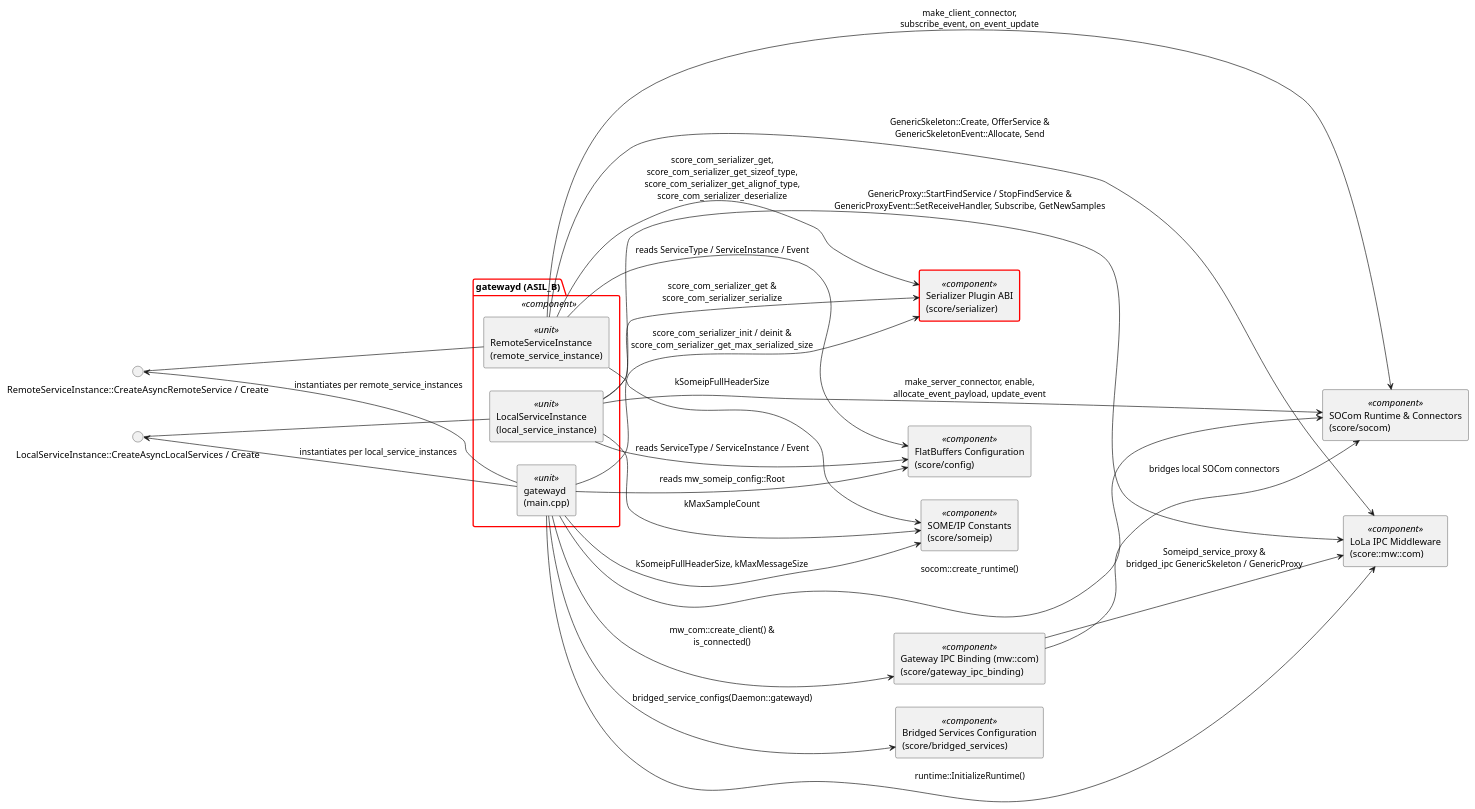
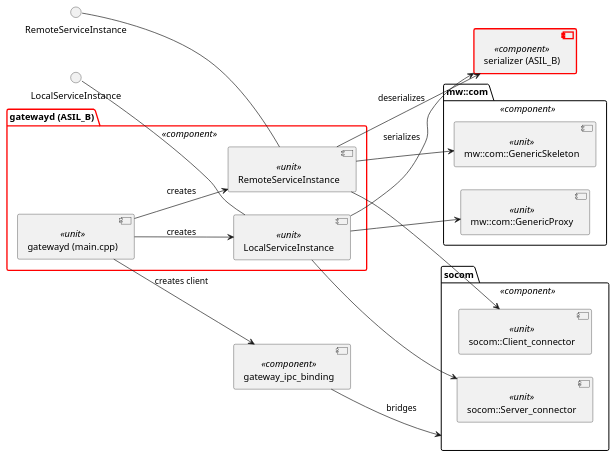
The diagram in score/gatewayd/docs/models/component_diagram_gatewayd.puml (eclipse-score/inc_someip_gateway), drawn with PlantUML before and after one commit. The commit also changed other lines of this file and 10 other files, not shown here.

Commit message:
docs: unify component architecture layout, simplify PlantUML diagrams, and fold architecture components page

```diff
--- a/score/gatewayd/docs/models/component_diagram_gatewayd.puml
+++ b/score/gatewayd/docs/models/component_diagram_gatewayd.puml
@@ -14,51 +13,39 @@
 @startuml component_diagram_gatewayd
 left to right direction
-skinparam componentStyle rectangle
+
+interface "LocalServiceInstance" as i_local_svc
+interface "RemoteServiceInstance" as i_remote_svc
 
 package "gatewayd (ASIL_B)" as gatewayd <<component>> #line:red;line.bold {
-    component "gatewayd\n(main.cpp)" as gatewayd_main <<unit>>
-    component "LocalServiceInstance\n(local_service_instance)" as local_service_instance <<unit>>
-    component "RemoteServiceInstance\n(remote_service_instance)" as remote_service_instance <<unit>>
+  component "gatewayd (main.cpp)" as gatewayd_main <<unit>>
+  component "LocalServiceInstance" as local_service_instance <<unit>>
+  component "RemoteServiceInstance" as remote_service_instance <<unit>>
 }
 
-component "SOCom Runtime & Connectors\n(score/socom)" as socom <<component>>
-component "Gateway IPC Binding (mw::com)\n(score/gateway_ipc_binding)" as gateway_ipc_binding <<component>>
-component "Bridged Services Configuration\n(score/bridged_services)" as bridged_services <<component>>
-component "FlatBuffers Configuration\n(score/config)" as config <<component>>
-component "SOME/IP Constants\n(score/someip)" as someip <<component>>
-component "Serializer Plugin ABI\n(score/serializer)" as serializer <<component>> #line:red;line.bold
-component "LoLa IPC Middleware\n(score::mw::com)" as mw_com <<component>>
+component "serializer (ASIL_B)" as serializer <<component>> #line:red;line.bold
 
-interface "LocalServiceInstance::CreateAsyncLocalServices / Create" as i_local_svc
-interface "RemoteServiceInstance::CreateAsyncRemoteService / Create" as i_remote_svc
+package "mw::com" as mw_com <<component>> {
+  component "mw::com::GenericProxy" as proxy <<unit>>
+  component "mw::com::GenericSkeleton" as skeleton <<unit>>
+}
 
-local_service_instance -u- i_local_svc
-remote_service_instance -u- i_remote_svc
+package "socom" as socom <<component>> {
+  component "socom::Server_connector" as server_connector <<unit>>
+  component "socom::Client_connector" as client_connector <<unit>>
+}
 
-gatewayd_main --> i_local_svc : instantiates per local_service_instances
-gatewayd_main --> i_remote_svc : instantiates per remote_service_instances
+component "gateway_ipc_binding" as gateway_ipc_binding <<component>>
 
-gatewayd_main --> config : reads mw_someip_config::Root
-gatewayd_main --> serializer : score_com_serializer_init / deinit &\nscore_com_serializer_get_max_serialized_size
-gatewayd_main --> someip : kSomeipFullHeaderSize, kMaxMessageSize
-gatewayd_main --> bridged_services : bridged_service_configs(Daemon::gatewayd)
-gatewayd_main --> socom : socom::create_runtime()
-gatewayd_main --> gateway_ipc_binding : mw_com::create_client() &\nis_connected()
-gatewayd_main --> mw_com : runtime::InitializeRuntime()
-
-local_service_instance --> mw_com : GenericProxy::StartFindService / StopFindService &\nGenericProxyEvent::SetReceiveHandler, Subscribe, GetNewSamples
-local_service_instance --> serializer : score_com_serializer_get &\nscore_com_serializer_serialize
-local_service_instance --> socom : make_server_connector, enable,\nallocate_event_payload, update_event
-local_service_instance --> someip : kMaxSampleCount
-local_service_instance --> config : reads ServiceType / ServiceInstance / Event
-
-remote_service_instance --> mw_com : GenericSkeleton::Create, OfferService &\nGenericSkeletonEvent::Allocate, Send
-remote_service_instance --> serializer : score_com_serializer_get,\nscore_com_serializer_get_sizeof_type,\nscore_com_serializer_get_alignof_type,\nscore_com_serializer_deserialize
-remote_service_instance --> socom : make_client_connector,\nsubscribe_event, on_event_update
-remote_service_instance --> someip : kSomeipFullHeaderSize
-remote_service_instance --> config : reads ServiceType / ServiceInstance / Event
-
-gateway_ipc_binding --> socom : bridges local SOCom connectors
-gateway_ipc_binding --> mw_com : Someipd_service_proxy &\nbridged_ipc GenericSkeleton / GenericProxy
-
+i_local_svc -- local_service_instance
+i_remote_svc -- remote_service_instance
+gatewayd_main --> local_service_instance : creates
+gatewayd_main --> remote_service_instance : creates
+gatewayd_main --> gateway_ipc_binding : creates client
+local_service_instance --> proxy
+local_service_instance --> serializer : serializes
+local_service_instance --> server_connector
+remote_service_instance --> client_connector
+remote_service_instance --> serializer : deserializes
+remote_service_instance --> skeleton
+gateway_ipc_binding --> socom : bridges
 @enduml
```
